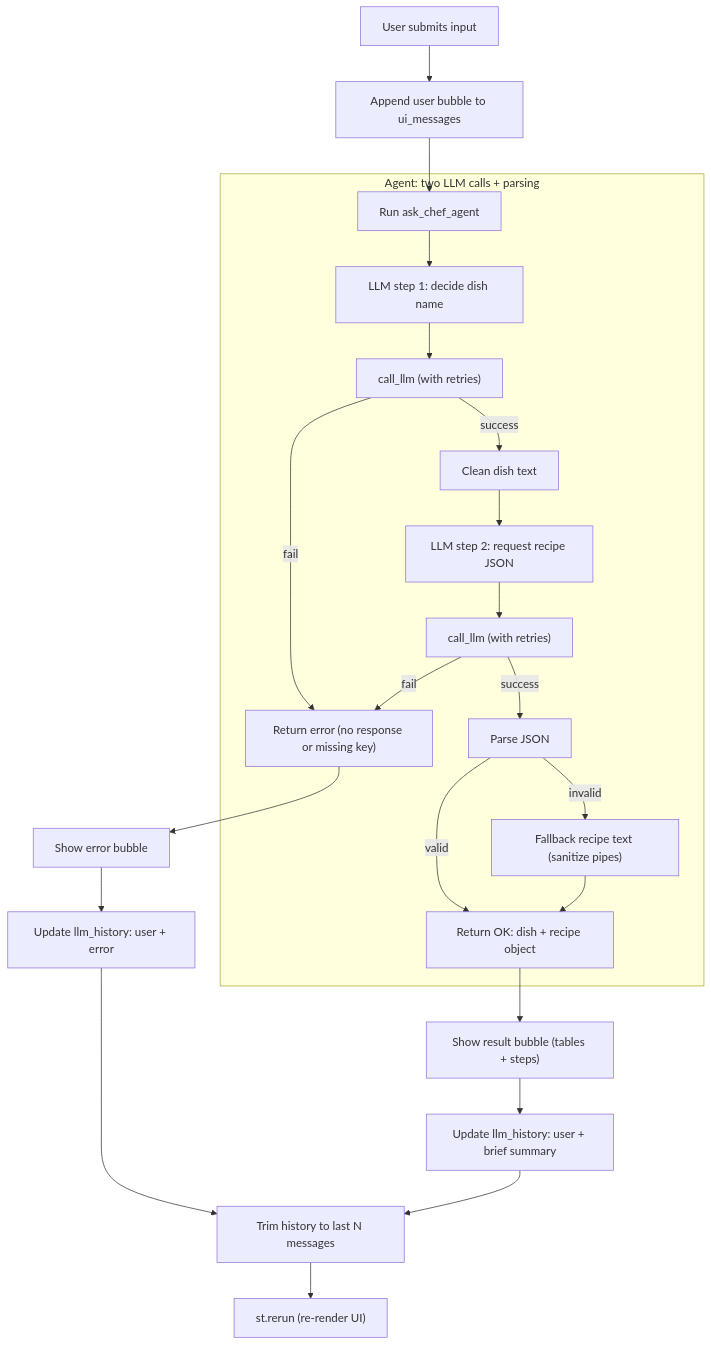
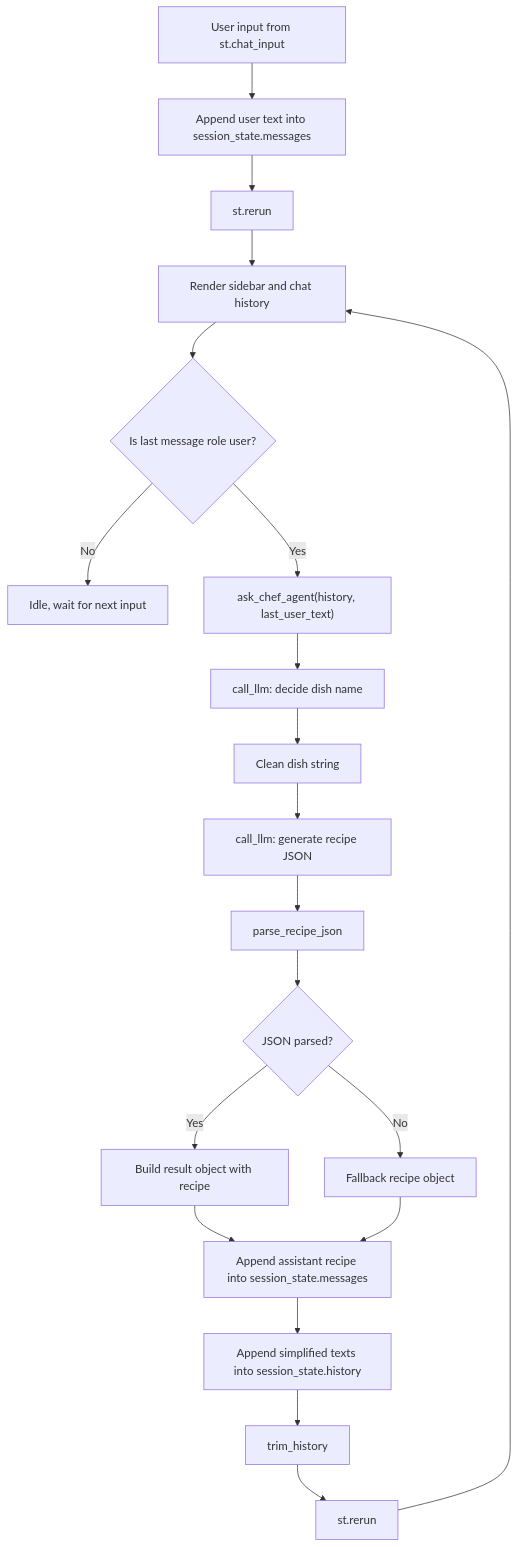
One commit to Crosonggg/TOC-2025-Final-Project changed the second of 2 diagrams in README.md. Above: the diagram before and after it, drawn with Mermaid. The commit also changed other lines of this file, not shown here.

````diff
--- a/README.md
+++ b/README.md
@@ -71,36 +39,30 @@
 ```mermaid
 flowchart TD
-    A["User submits input"] --> B["Append user bubble to ui_messages"]
-    B --> C["Run ask_chef_agent"]
+  U["User input from st.chat_input"] --> M1["Append user text into session_state.messages"]
+  M1 --> R1["st.rerun"]
 
-    subgraph Agent["Agent: two LLM calls + parsing"]
-        C --> D["LLM step 1: decide dish name"]
-        D --> E["call_llm (with retries)"]
+  R1 --> UI["Render sidebar and chat history"]
+  UI --> CHK{Is last message role user?}
 
-        E -->|success| F["Clean dish text"]
-        E -->|fail| Z["Return error (no response or missing key)"]
+  CHK -- "No" --> IDLE["Idle, wait for next input"]
+  CHK -- "Yes" --> AG["ask_chef_agent(history, last_user_text)"]
 
-        F --> G["LLM step 2: request recipe JSON"]
-        G --> H["call_llm (with retries)"]
+  AG --> D1["call_llm: decide dish name"]
+  D1 --> CLN["Clean dish string"]
+  CLN --> D2["call_llm: generate recipe JSON"]
+  D2 --> PARSE["parse_recipe_json"]
 
-        H -->|success| I["Parse JSON"]
-        H -->|fail| Z
+  PARSE --> OK{JSON parsed?}
+  OK -- "Yes" --> RES1["Build result object with recipe"]
+  OK -- "No" --> RES2["Fallback recipe object"]
 
-        I -->|valid| J["Return OK: dish + recipe object"]
-        I -->|invalid| K["Fallback recipe text (sanitize pipes)"]
-        K --> J
-    end
+  RES1 --> OUT["Append assistant recipe into session_state.messages"]
+  RES2 --> OUT
 
-    Z --> L["Show error bubble"]
-    J --> M["Show result bubble (tables + steps)"]
-
-    L --> N["Update llm_history: user + error"]
-    M --> O["Update llm_history: user + brief summary"]
-
-    N --> P["Trim history to last N messages"]
-    O --> P
-
-    P --> Q["st.rerun (re-render UI)"]
+  OUT --> H1["Append simplified texts into session_state.history"]
+  H1 --> TRIM["trim_history"]
+  TRIM --> R2["st.rerun"]
+  R2 --> UI
 
 
 ```
````
